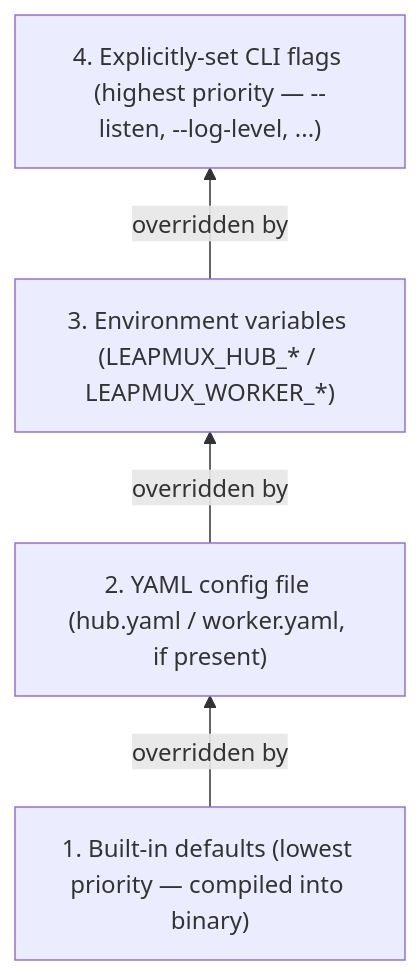
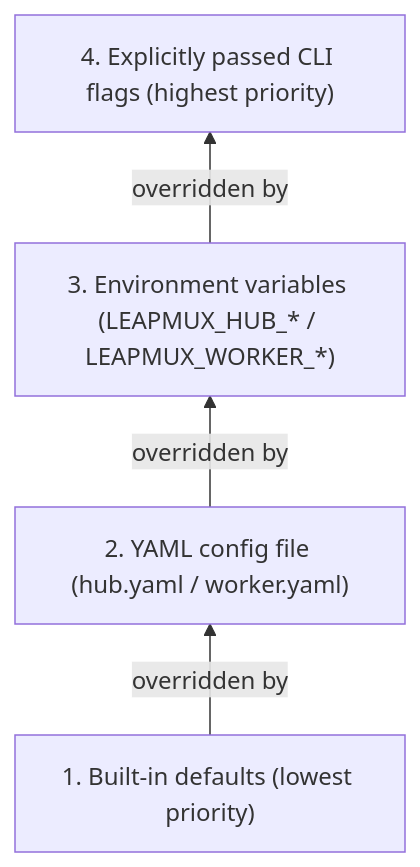
One commit to leapmux/leapmux changed the diagram in site/content/docs/admin/configuration.md. Above: the diagram before and after it, drawn with Mermaid. The commit also changed other lines of this file and 165 other files, not shown here.

````diff
--- a/site/content/docs/admin/configuration.md
+++ b/site/content/docs/admin/configuration.md
@@ -25,10 +21,10 @@
 ```mermaid
 flowchart BT
-    Defaults["1. Built-in defaults (lowest priority — compiled into binary)"]
-    YAML["2. YAML config file (hub.yaml / worker.yaml, if present)"]
+    Defaults["1. Built-in defaults (lowest priority)"]
+    YAML["2. YAML config file (hub.yaml / worker.yaml)"]
     Env["3. Environment variables (LEAPMUX_HUB_* / LEAPMUX_WORKER_*)"]
-    Flags["4. Explicitly-set CLI flags (highest priority — --listen, --log-level, ...)"]
+    Flags["4. Explicitly passed CLI flags (highest priority)"]
     Defaults -->|"overridden by"| YAML
     YAML -->|"overridden by"| Env
     Env -->|"overridden by"| Flags
 ```
````
